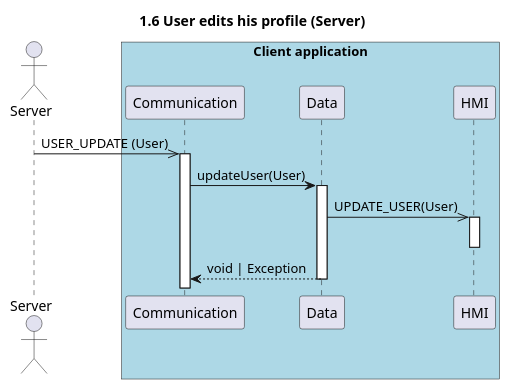
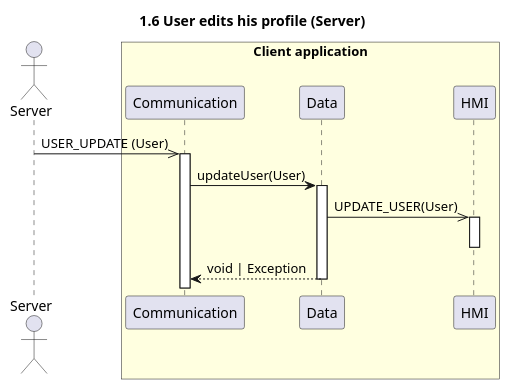
The diagram in sequence/1.6.user_edits_profile_others.puml (UTCAI12/Diagrams), drawn with PlantUML before and after one commit. The commit also changed 4 other files, not shown here.

```diff
--- a/sequence/1.6.user_edits_profile_others.puml
+++ b/sequence/1.6.user_edits_profile_others.puml
@@ -1,16 +1,16 @@
 @startuml 1.6 User edits his profile (Server)
 title 1.6 User edits his profile (Server)
 
 actor "Server" as server
-box "Client application" #LightBlue
-    participant Communication as com
-    participant Data as data
-    participant HMI as hmi
+box "Client application" #LightYellow
+    participant "Communication" as com
+    participant "Data" as data
+    participant "HMI" as hmi
 end box
 
 server ->> com++: USER_UPDATE (User)
 com->data++: updateUser(User)
 data->>hmi++:UPDATE_USER(User)
 deactivate hmi
 return void | Exception
 @enduml
```
